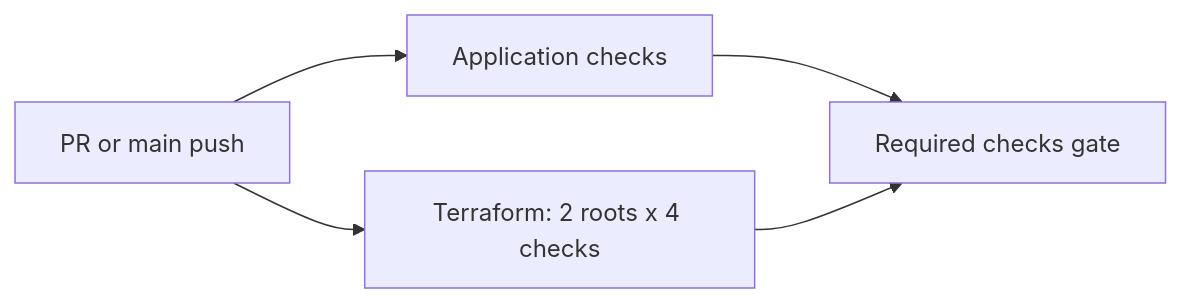
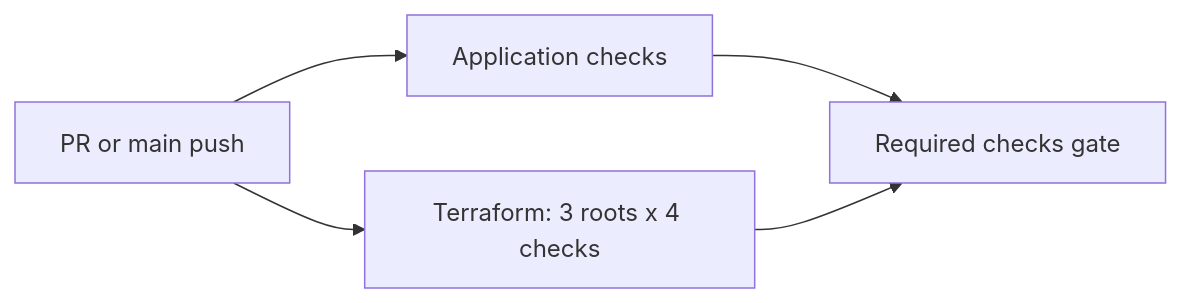
One commit to 23faraaz/CanopyOps changed the diagram in README.md. Above: the diagram before and after it, drawn with Mermaid. The commit also changed other lines of this file and 22 other files, not shown here.

````diff
--- a/README.md
+++ b/README.md
@@ -157,7 +178,7 @@
 ```mermaid
 flowchart LR
   PR[PR or main push] --> A[Application checks]
-  PR --> T[Terraform: 2 roots x 4 checks]
+  PR --> T[Terraform: 3 roots x 4 checks]
   A --> G[Required checks gate]
   T --> G
 ```
````
